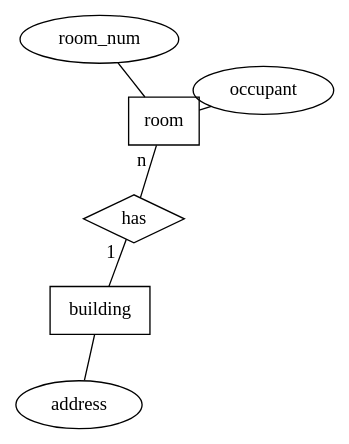
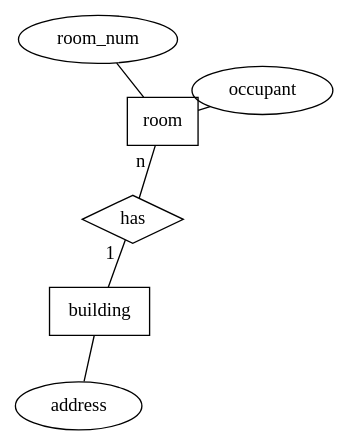
Before and after one commit to soerjantobj/CMSC508: the first of 2 diagrams in Study Guide.qmd, drawn with Graphviz. The commit also changed other lines of this file, not shown here.

````diff
--- a/Study Guide.qmd
+++ b/Study Guide.qmd
@@ -62,14 +77,15 @@
 ```{dot}
 graph  ER{
     layout = neato;
+    scale = 4.0
     node[shape = box, width = 0.5]; building; room
     node[shape = ellipse]; address, occupant, room_num
     node[shape = diamond]; has
 
-    building -- has [label = "1"]
-    has -- room [label = "n"]
+    building -- has [label = "1", len = "0.25"]
+    has -- room [label = "n", len = "0.25"]
 
-    building -- address
-    room -- occupant, room_num
+    building -- address [len = "0.25"]
+    room -- occupant, room_num [len = "0.25"]
 }
 ```
````
